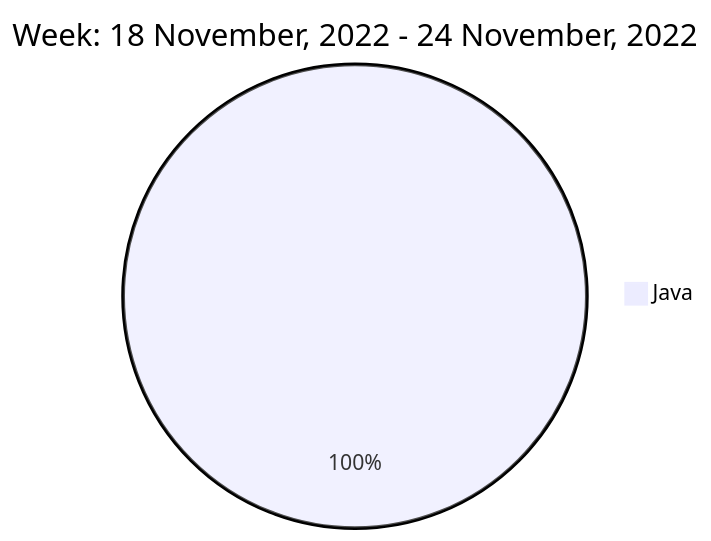
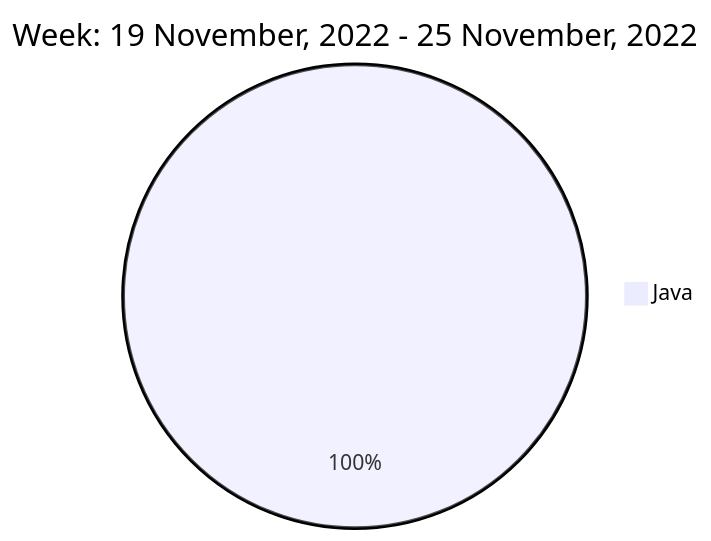
Before and after one commit to liubin95/liubin95: the diagram in README.md, drawn with Mermaid.

Commit message:
Updated the Graph with new Metrics

````diff
--- a/README.md
+++ b/README.md
@@ -40,5 +40,5 @@
 ```mermaid
  pie
-title Week: 18 November, 2022 - 24 November, 2022
- "Java" : 14.37
+title Week: 19 November, 2022 - 25 November, 2022
+ "Java" : 17.58
 ```
````
